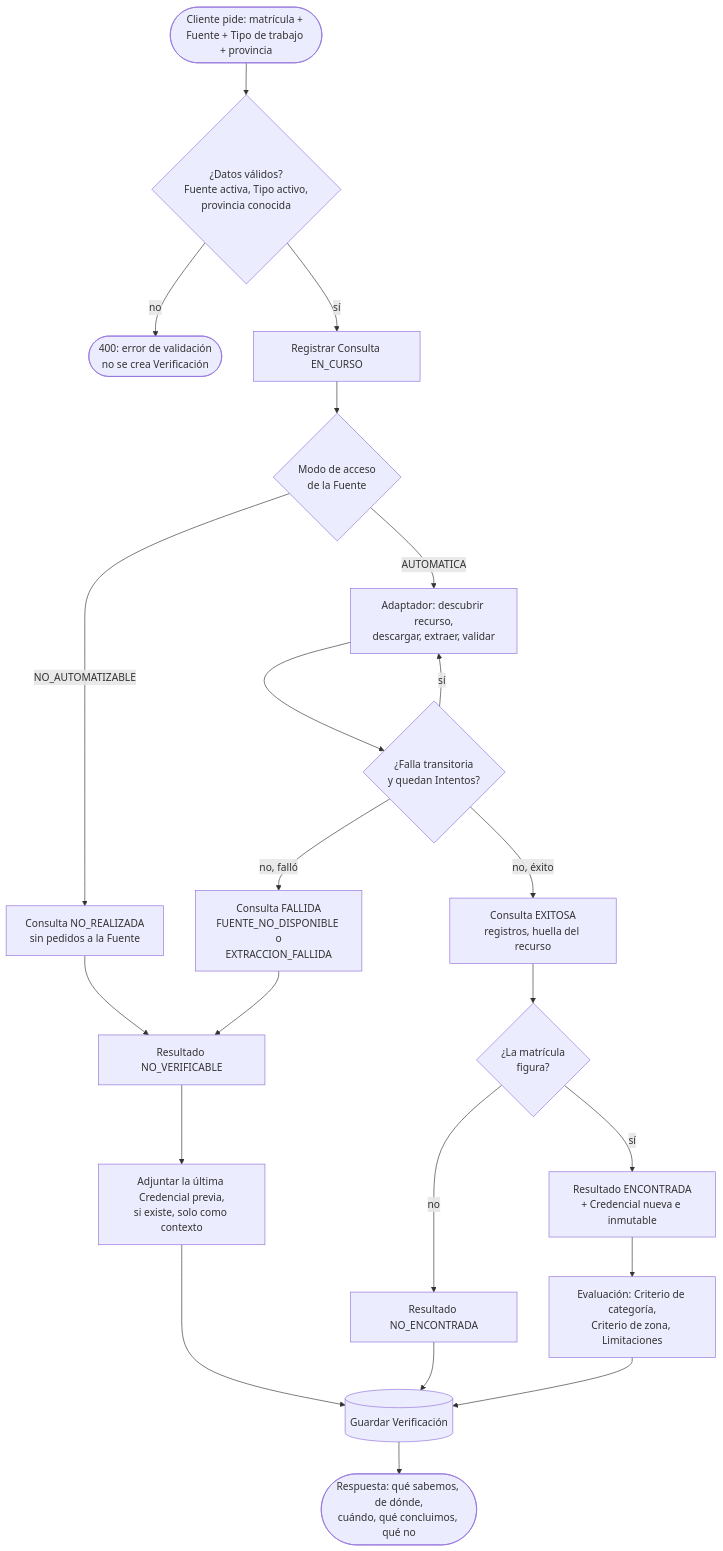
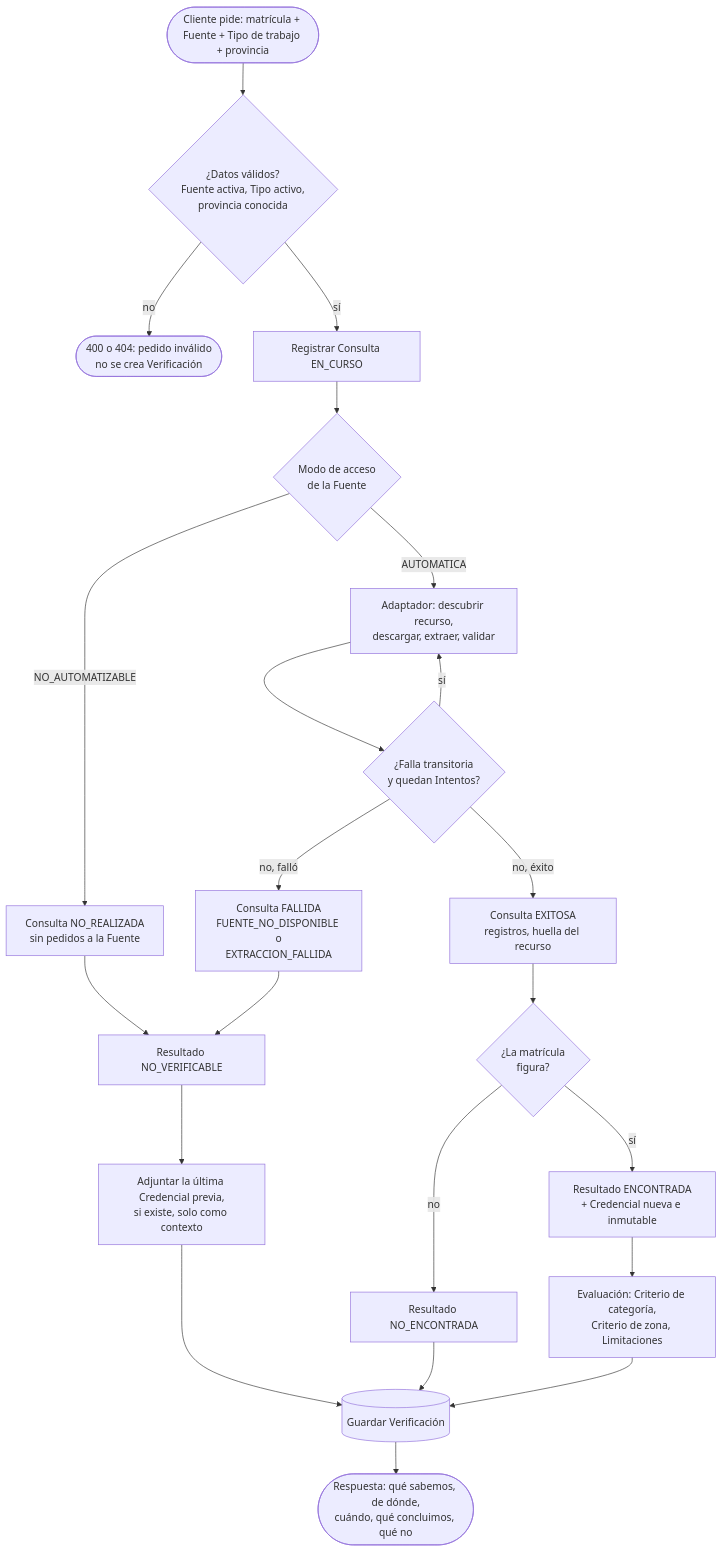
Before and after one commit to IvanDaniliuk01/MatriculAR: the third of 6 diagrams in docs/modelo-de-dominio.md, drawn with Mermaid. The commit also changed other lines of this file and 18 other files, not shown here.

````diff
--- a/docs/modelo-de-dominio.md
+++ b/docs/modelo-de-dominio.md
@@ -170,24 +170,24 @@
 ```mermaid
 flowchart TD
     A([Cliente pide: matrícula + Fuente + Tipo de trabajo + provincia]) --> B{¿Datos válidos?<br/>Fuente activa, Tipo activo,<br/>provincia conocida}
-    B -- no --> B1([400: error de validación<br/>no se crea Verificación])
+    B -- no --> B1([400 o 404: pedido inválido<br/>no se crea Verificación])
     B -- sí --> C[Registrar Consulta EN_CURSO]
     C --> D{Modo de acceso<br/>de la Fuente}
     D -- NO_AUTOMATIZABLE --> E[Consulta NO_REALIZADA<br/>sin pedidos a la Fuente]
     D -- AUTOMATICA --> F[Adaptador: descubrir recurso,<br/>descargar, extraer, validar]
     F --> G{¿Falla transitoria<br/>y quedan Intentos?}
     G -- sí --> F
     G -- no, falló --> H[Consulta FALLIDA<br/>FUENTE_NO_DISPONIBLE o<br/>EXTRACCION_FALLIDA]
     G -- no, éxito --> I[Consulta EXITOSA<br/>registros, huella del recurso]
     E --> J[Resultado NO_VERIFICABLE]
     H --> J
     I --> K{¿La matrícula<br/>figura?}
     K -- no --> L[Resultado NO_ENCONTRADA]
     K -- sí --> M[Resultado ENCONTRADA<br/>+ Credencial nueva e inmutable]
     M --> N[Evaluación: Criterio de categoría,<br/>Criterio de zona, Limitaciones]
     J --> O[Adjuntar la última Credencial previa,<br/>si existe, solo como contexto]
     L --> P[(Guardar Verificación)]
     O --> P
     N --> P
     P --> Q([Respuesta: qué sabemos, de dónde,<br/>cuándo, qué concluimos, qué no])
 ```
````
